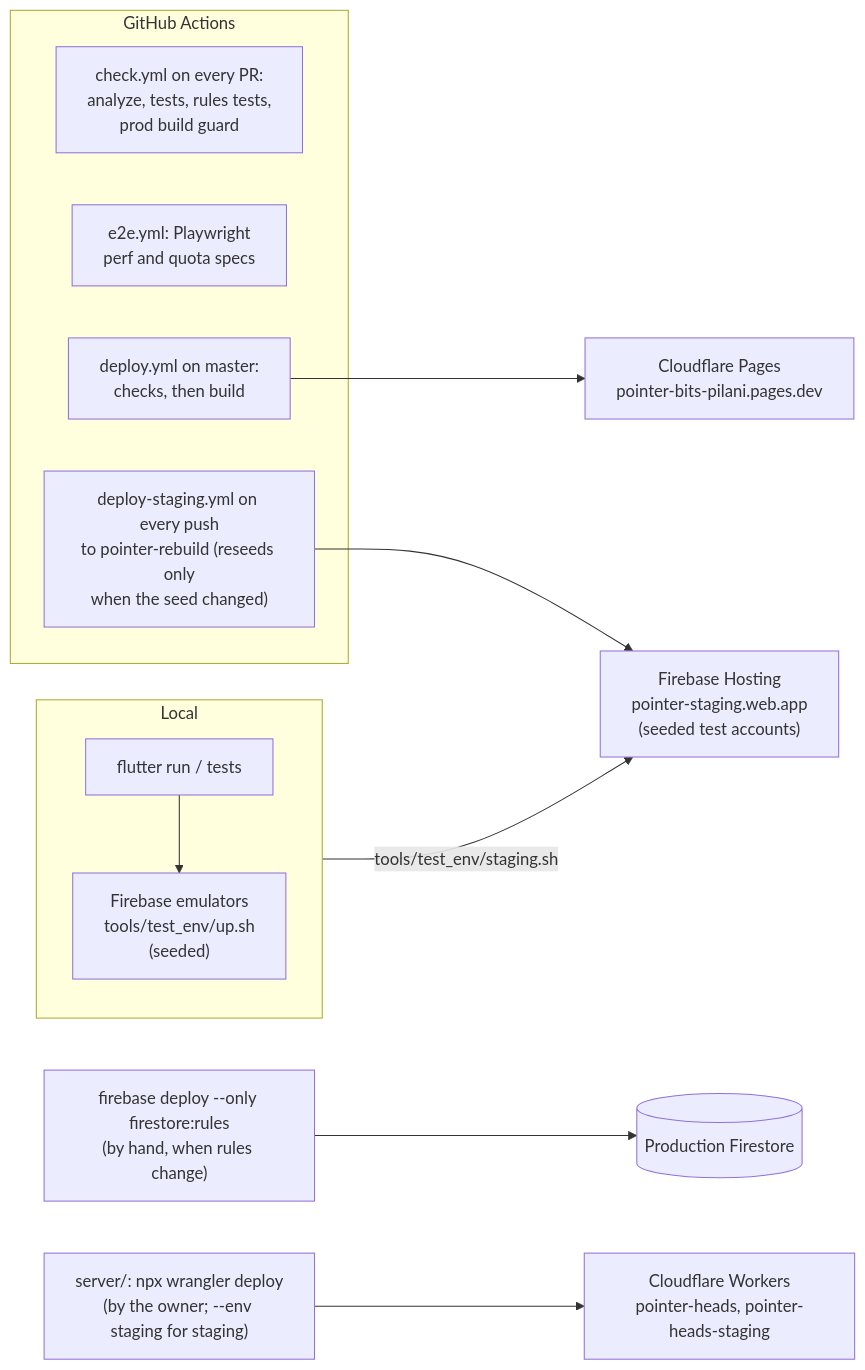
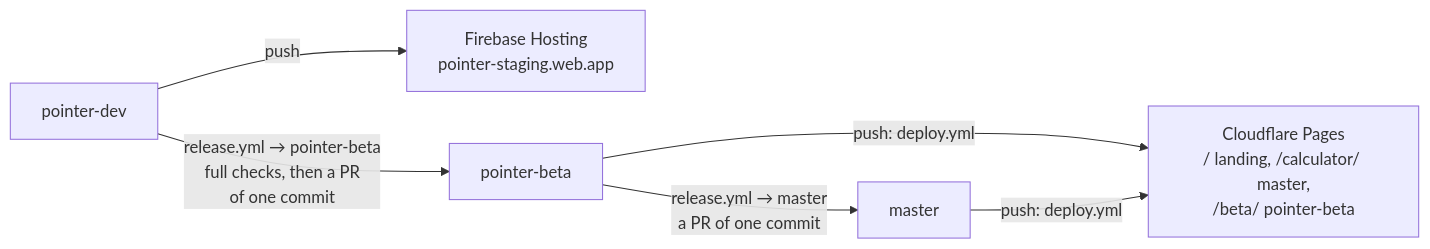
One commit to e-iotapi/CGPA_Calculator changed the tenth of 12 diagrams in docs/ARCHITECTURE.md. Above: the diagram before and after it, drawn with Mermaid. The commit also changed other lines of this file and 1345 other files, not shown here.

Commit message:
Release from pointer-dev (b89a4f4dd94f)

````diff
--- a/docs/ARCHITECTURE.md
+++ b/docs/ARCHITECTURE.md
@@ -452,19 +461,8 @@
 ```mermaid
 flowchart LR
-  subgraph Local
-    Dev["flutter run / tests"]
-    Emu["Firebase emulators<br/>tools/test_env/up.sh<br/>(seeded)"]
-    Dev --> Emu
-  end
-  subgraph CI["GitHub Actions"]
-    Check["check.yml on every PR:<br/>analyze, tests, rules tests,<br/>prod build guard"]
-    E2E["e2e.yml: Playwright<br/>perf and quota specs"]
-    Deploy["deploy.yml on master:<br/>checks, then build"]
-    DStaging["deploy-staging.yml on every push<br/>to pointer-rebuild (reseeds only<br/>when the seed changed)"]
-  end
-  Deploy --> Prod["Cloudflare Pages<br/>pointer-bits-pilani.pages.dev"]
-  Rules["firebase deploy --only firestore:rules<br/>(by hand, when rules change)"] --> ProdFS[("Production Firestore")]
-  Wrangler["server/: npx wrangler deploy<br/>(by the owner; --env staging for staging)"] --> Workers["Cloudflare Workers<br/>pointer-heads, pointer-heads-staging"]
-  DStaging --> Staging["Firebase Hosting<br/>pointer-staging.web.app<br/>(seeded test accounts)"]
-  Local -- "tools/test_env/staging.sh" --> Staging
+  Dev["pointer-dev"] -- "push" --> Staging["Firebase Hosting<br/>pointer-staging.web.app"]
+  Dev -- "release.yml → pointer-beta<br/>full checks, then a PR<br/>of one commit" --> Beta["pointer-beta"]
+  Beta -- "release.yml → master<br/>a PR of one commit" --> Master["master"]
+  Beta -- "push: deploy.yml" --> Pages["Cloudflare Pages<br/>/ landing, /calculator/ master,<br/>/beta/ pointer-beta"]
+  Master -- "push: deploy.yml" --> Pages
 ```
````
